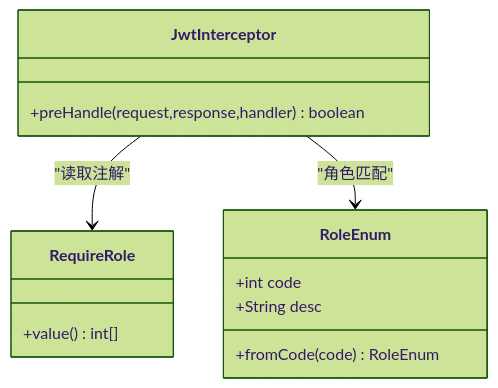
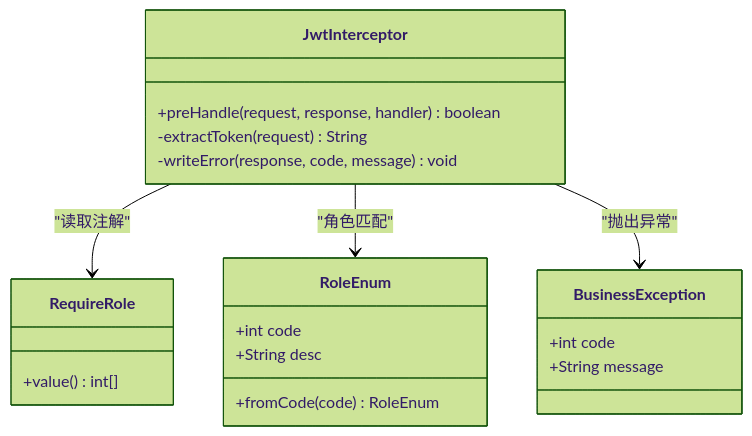
The sixth of 8 diagrams in .qoder/repowiki/zh/content/后端系统设计/后端系统设计.md (Jian9527/HelenEdu), drawn with Mermaid (forest theme) before and after one commit. The commit also changed other lines of this file and 41 other files, not shown here.

````diff
--- a/.qoder/repowiki/zh/content/后端系统设计/后端系统设计.md
+++ b/.qoder/repowiki/zh/content/后端系统设计/后端系统设计.md
@@ -240,16 +299,23 @@
 ```mermaid
 classDiagram
 class RoleEnum {
 +int code
 +String desc
 +fromCode(code) RoleEnum
 }
 class RequireRole {
 +value() int[]
 }
 class JwtInterceptor {
-+preHandle(request,response,handler) boolean
++preHandle(request, response, handler) boolean
+-extractToken(request) String
+-writeError(response, code, message) void
+}
+class BusinessException {
++int code
++String message
 }
 JwtInterceptor --> RequireRole : "读取注解"
 JwtInterceptor --> RoleEnum : "角色匹配"
+JwtInterceptor --> BusinessException : "抛出异常"
 ```
````
